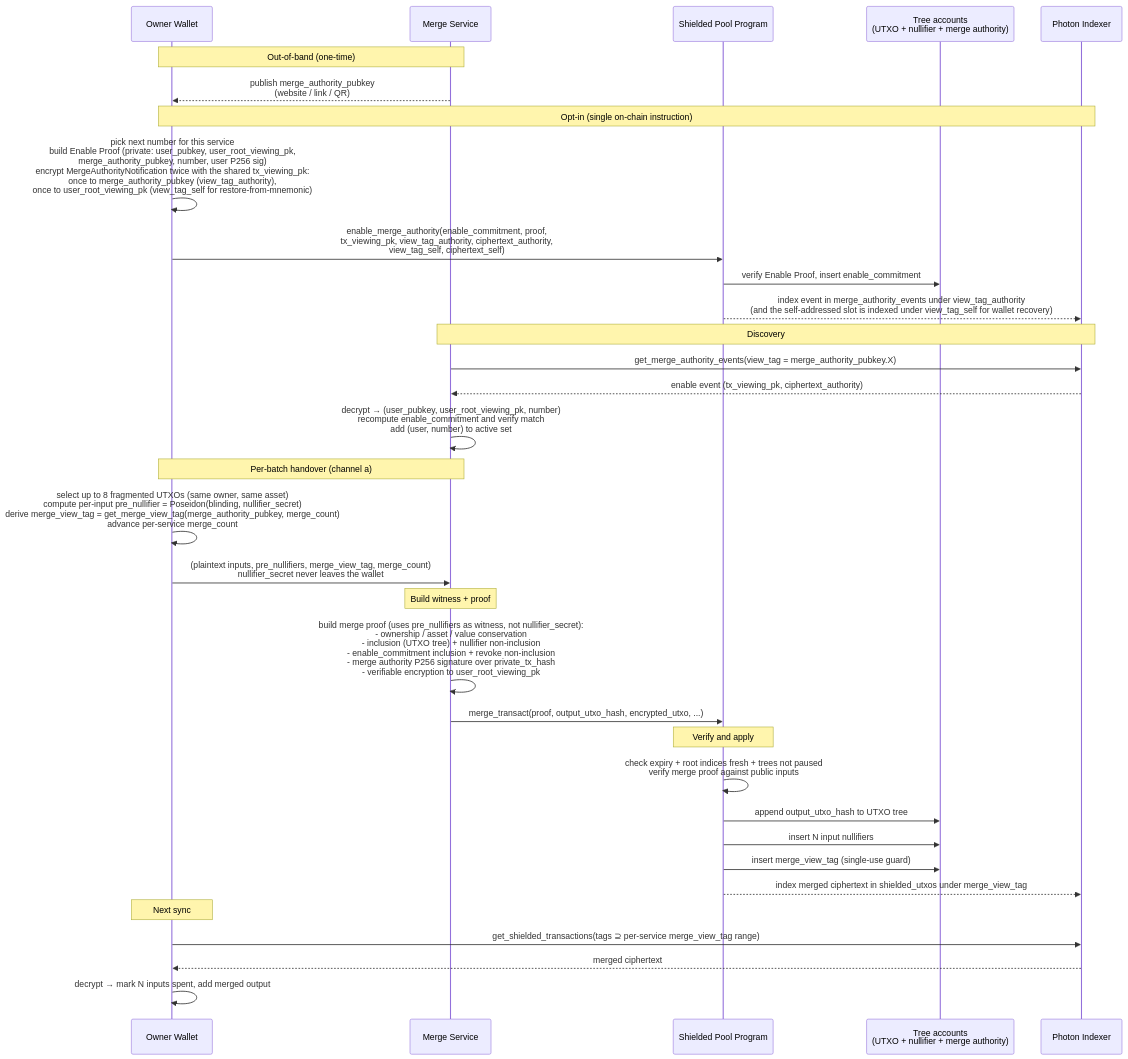
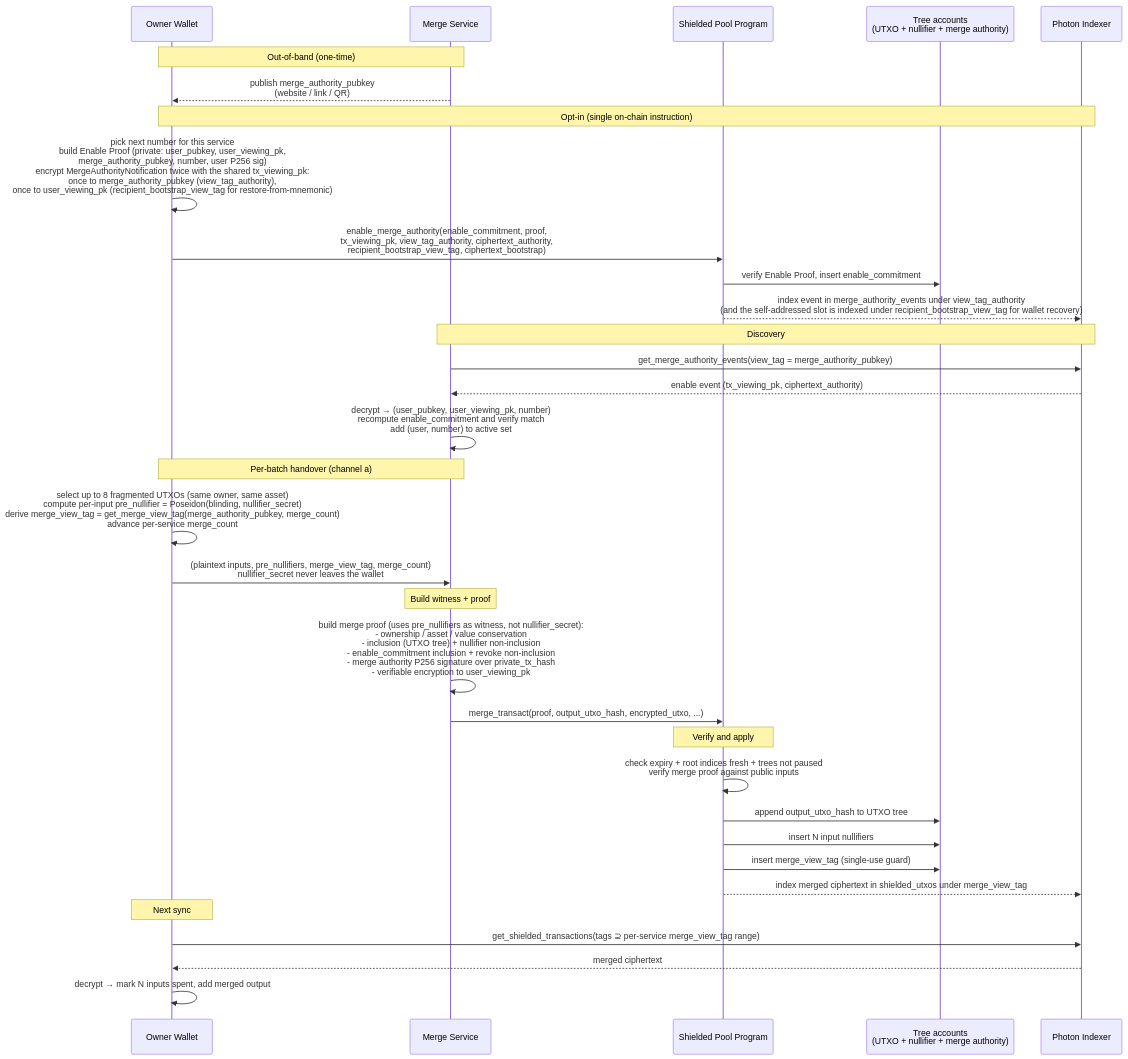
One commit to helius-labs/zolana changed the tenth of 10 diagrams in docs/spec.md. Above: the diagram before and after it, drawn with Mermaid. The commit also changed other lines of this file, not shown here.

First line of the commit message:
docs: tighten First Time Sync Wallet; generalize indexer proof methods

````diff
--- a/docs/spec.md
+++ b/docs/spec.md
@@ -2016,42 +1855,42 @@
 ```mermaid
 sequenceDiagram
     participant Wallet as Owner Wallet
     participant Merge as Merge Service
     participant SPP as Shielded Pool Program
     participant Trees as Tree accounts<br/>(UTXO + nullifier + merge authority)
     participant Indexer as Photon Indexer
 
     Note over Merge,Wallet: Out-of-band (one-time)
     Merge-->>Wallet: publish merge_authority_pubkey<br/>(website / link / QR)
 
     Note over Wallet,Indexer: Opt-in (single on-chain instruction)
-    Wallet->>Wallet: pick next number for this service<br/>build Enable Proof (private: user_pubkey, user_root_viewing_pk,<br/>merge_authority_pubkey, number, user P256 sig)<br/>encrypt MergeAuthorityNotification twice with the shared tx_viewing_pk:<br/>once to merge_authority_pubkey (view_tag_authority),<br/>once to user_root_viewing_pk (view_tag_self for restore-from-mnemonic)
-    Wallet->>SPP: enable_merge_authority(enable_commitment, proof,<br/>tx_viewing_pk, view_tag_authority, ciphertext_authority,<br/>view_tag_self, ciphertext_self)
+    Wallet->>Wallet: pick next number for this service<br/>build Enable Proof (private: user_pubkey, user_viewing_pk,<br/>merge_authority_pubkey, number, user P256 sig)<br/>encrypt MergeAuthorityNotification twice with the shared tx_viewing_pk:<br/>once to merge_authority_pubkey (view_tag_authority),<br/>once to user_viewing_pk (recipient_bootstrap_view_tag for restore-from-mnemonic)
+    Wallet->>SPP: enable_merge_authority(enable_commitment, proof,<br/>tx_viewing_pk, view_tag_authority, ciphertext_authority,<br/>recipient_bootstrap_view_tag, ciphertext_bootstrap)
     SPP->>Trees: verify Enable Proof, insert enable_commitment
-    SPP-->>Indexer: index event in merge_authority_events under view_tag_authority<br/>(and the self-addressed slot is indexed under view_tag_self for wallet recovery)
+    SPP-->>Indexer: index event in merge_authority_events under view_tag_authority<br/>(and the self-addressed slot is indexed under recipient_bootstrap_view_tag for wallet recovery)
 
     Note over Merge,Indexer: Discovery
-    Merge->>Indexer: get_merge_authority_events(view_tag = merge_authority_pubkey.X)
+    Merge->>Indexer: get_merge_authority_events(view_tag = merge_authority_pubkey)
     Indexer-->>Merge: enable event (tx_viewing_pk, ciphertext_authority)
-    Merge->>Merge: decrypt → (user_pubkey, user_root_viewing_pk, number)<br/>recompute enable_commitment and verify match<br/>add (user, number) to active set
+    Merge->>Merge: decrypt → (user_pubkey, user_viewing_pk, number)<br/>recompute enable_commitment and verify match<br/>add (user, number) to active set
 
     Note over Wallet,Merge: Per-batch handover (channel a)
     Wallet->>Wallet: select up to 8 fragmented UTXOs (same owner, same asset)<br/>compute per-input pre_nullifier = Poseidon(blinding, nullifier_secret)<br/>derive merge_view_tag = get_merge_view_tag(merge_authority_pubkey, merge_count)<br/>advance per-service merge_count
     Wallet->>Merge: (plaintext inputs, pre_nullifiers, merge_view_tag, merge_count)<br/>nullifier_secret never leaves the wallet
 
     Note over Merge: Build witness + proof
-    Merge->>Merge: build merge proof (uses pre_nullifiers as witness, not nullifier_secret):<br/>- ownership / asset / value conservation<br/>- inclusion (UTXO tree) + nullifier non-inclusion<br/>- enable_commitment inclusion + revoke non-inclusion<br/>- merge authority P256 signature over private_tx_hash<br/>- verifiable encryption to user_root_viewing_pk
+    Merge->>Merge: build merge proof (uses pre_nullifiers as witness, not nullifier_secret):<br/>- ownership / asset / value conservation<br/>- inclusion (UTXO tree) + nullifier non-inclusion<br/>- enable_commitment inclusion + revoke non-inclusion<br/>- merge authority P256 signature over private_tx_hash<br/>- verifiable encryption to user_viewing_pk
     Merge->>SPP: merge_transact(proof, output_utxo_hash, encrypted_utxo, ...)
 
     Note over SPP: Verify and apply
     SPP->>SPP: check expiry + root indices fresh + trees not paused<br/>verify merge proof against public inputs
     SPP->>Trees: append output_utxo_hash to UTXO tree
     SPP->>Trees: insert N input nullifiers
     SPP->>Trees: insert merge_view_tag (single-use guard)
     SPP-->>Indexer: index merged ciphertext in shielded_utxos under merge_view_tag
 
     Note over Wallet: Next sync
     Wallet->>Indexer: get_shielded_transactions(tags ⊇ per-service merge_view_tag range)
     Indexer-->>Wallet: merged ciphertext
     Wallet->>Wallet: decrypt → mark N inputs spent, add merged output
 ```
````
